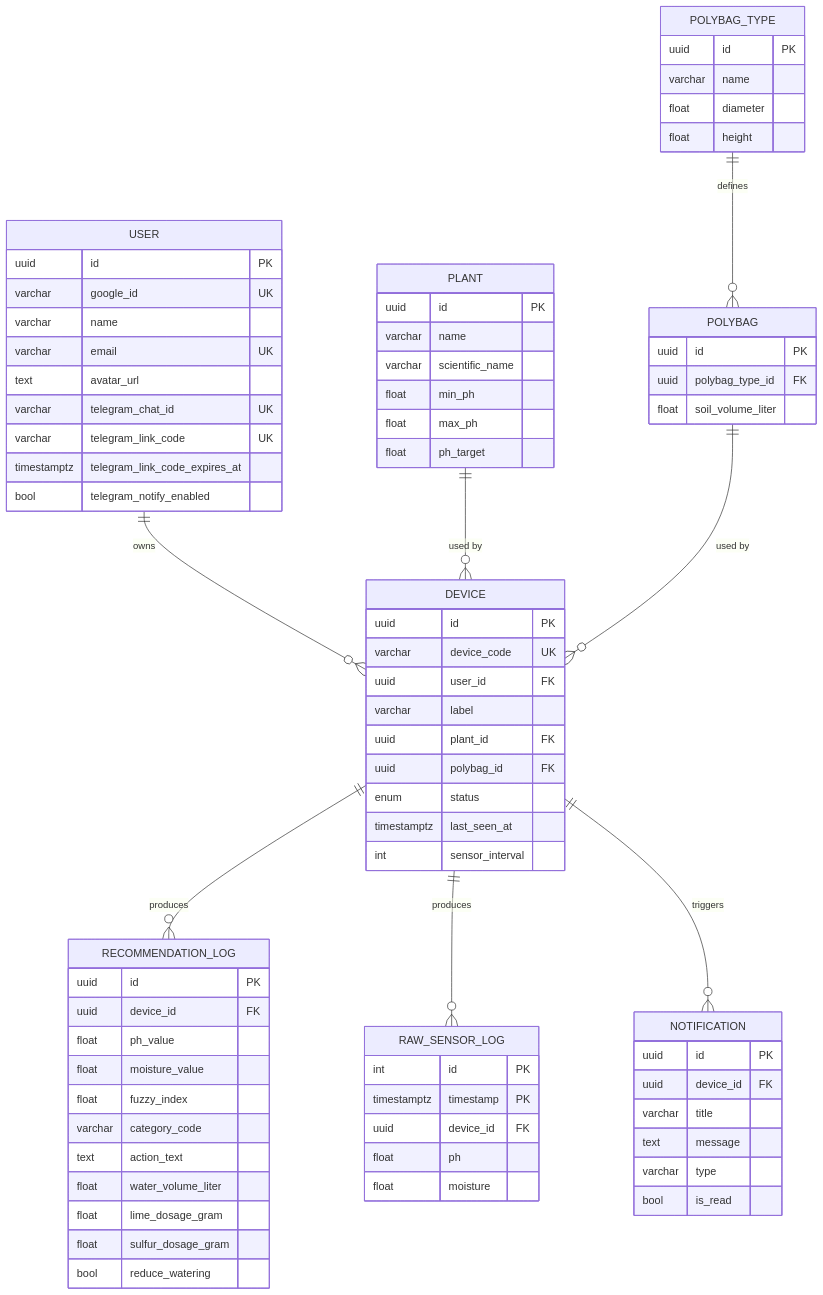
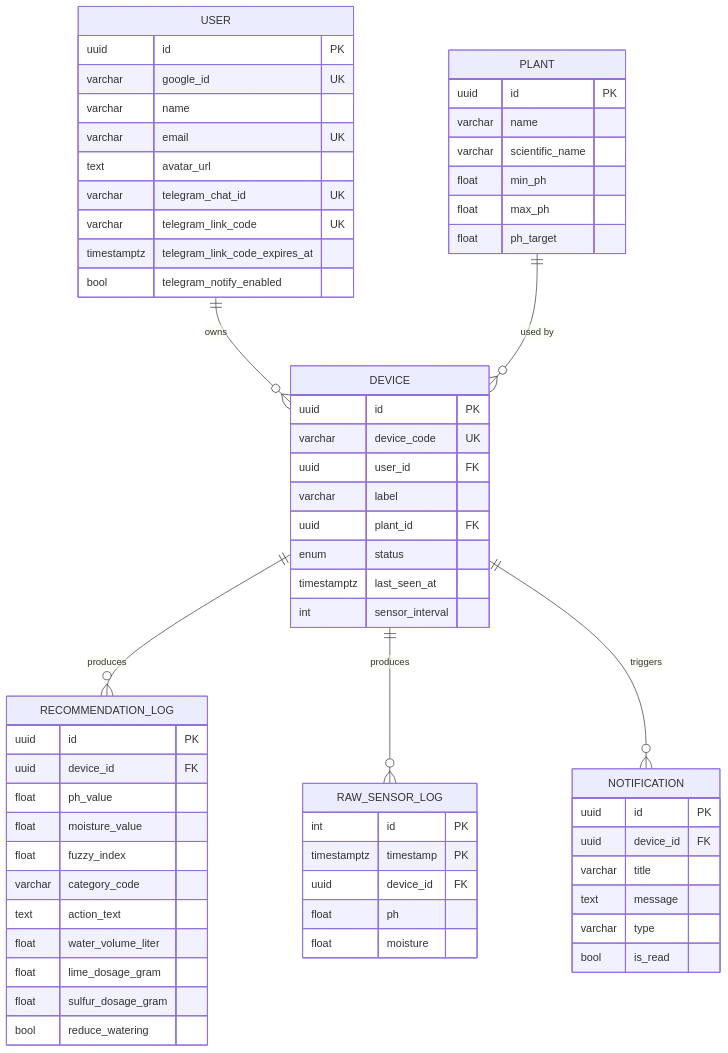
Before and after one commit to Capstone2026-E04/Subur.in: the diagram in docs/architecture/database-schema.md, drawn with Mermaid. The commit also changed other lines of this file and 22 other files, not shown here.

````diff
--- a/docs/architecture/database-schema.md
+++ b/docs/architecture/database-schema.md
@@ -20,80 +18,66 @@
 ```mermaid
 erDiagram
     USER ||--o{ DEVICE : owns
     PLANT ||--o{ DEVICE : "used by"
-    POLYBAG ||--o{ DEVICE : "used by"
-    POLYBAG_TYPE ||--o{ POLYBAG : defines
     DEVICE ||--o{ RECOMMENDATION_LOG : produces
     DEVICE ||--o{ RAW_SENSOR_LOG : produces
     DEVICE ||--o{ NOTIFICATION : triggers
 
     USER {
         uuid id PK
         varchar google_id UK
         varchar name
         varchar email UK
         text avatar_url
         varchar telegram_chat_id UK
         varchar telegram_link_code UK
         timestamptz telegram_link_code_expires_at
         bool telegram_notify_enabled
     }
     DEVICE {
         uuid id PK
         varchar device_code UK
         uuid user_id FK
         varchar label
         uuid plant_id FK
-        uuid polybag_id FK
         enum status
         timestamptz last_seen_at
         int sensor_interval
     }
     PLANT {
         uuid id PK
         varchar name
         varchar scientific_name
         float min_ph
         float max_ph
         float ph_target
-    }
-    POLYBAG_TYPE {
-        uuid id PK
-        varchar name
-        float diameter
-        float height
-    }
-    POLYBAG {
-        uuid id PK
-        uuid polybag_type_id FK
-        float soil_volume_liter
     }
     RECOMMENDATION_LOG {
         uuid id PK
         uuid device_id FK
         float ph_value
         float moisture_value
         float fuzzy_index
         varchar category_code
         text action_text
         float water_volume_liter
         float lime_dosage_gram
         float sulfur_dosage_gram
         bool reduce_watering
     }
     RAW_SENSOR_LOG {
         int id PK
         timestamptz timestamp PK
         uuid device_id FK
         float ph
         float moisture
     }
     NOTIFICATION {
         uuid id PK
         uuid device_id FK
         varchar title
         text message
         varchar type
         bool is_read
     }
 ```
````
